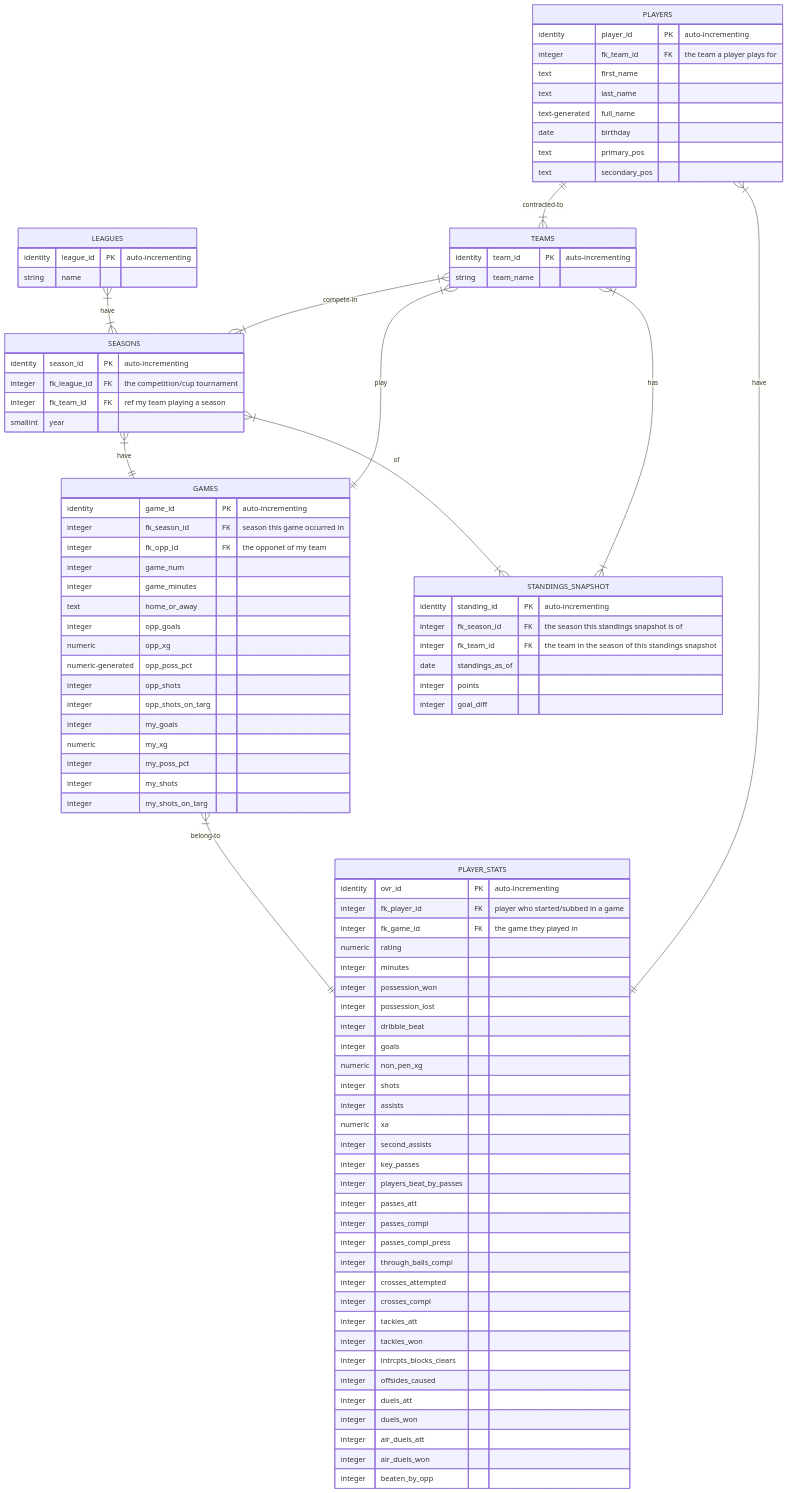
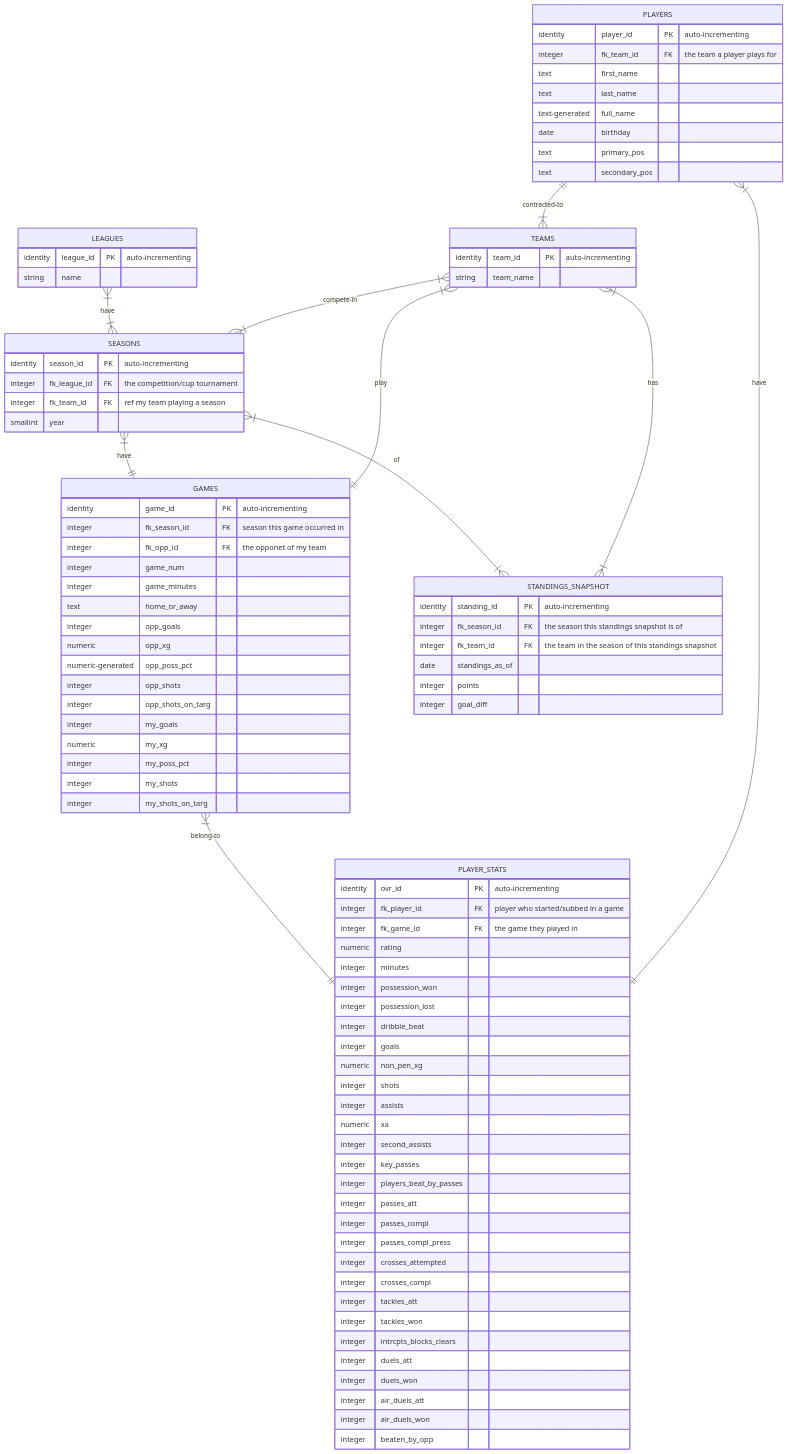
Before and after one commit to BrandonHoeft/fifa-career-mode-db: the diagram in README.md, drawn with Mermaid. The commit also changed 2 other files, not shown here.

Commit message:
delete: 2 columns offsides_caused, through_balls_compl

```diff
--- a/README.md
+++ b/README.md
@@ -83,13 +83,11 @@
             integer passes_att
             integer passes_compl
             integer passes_compl_press
-            integer through_balls_compl
             integer crosses_attempted
             integer crosses_compl
             integer tackles_att
             integer tackles_won
             integer intrcpts_blocks_clears
-            integer offsides_caused
             integer duels_att
             integer duels_won
             integer air_duels_att
```
